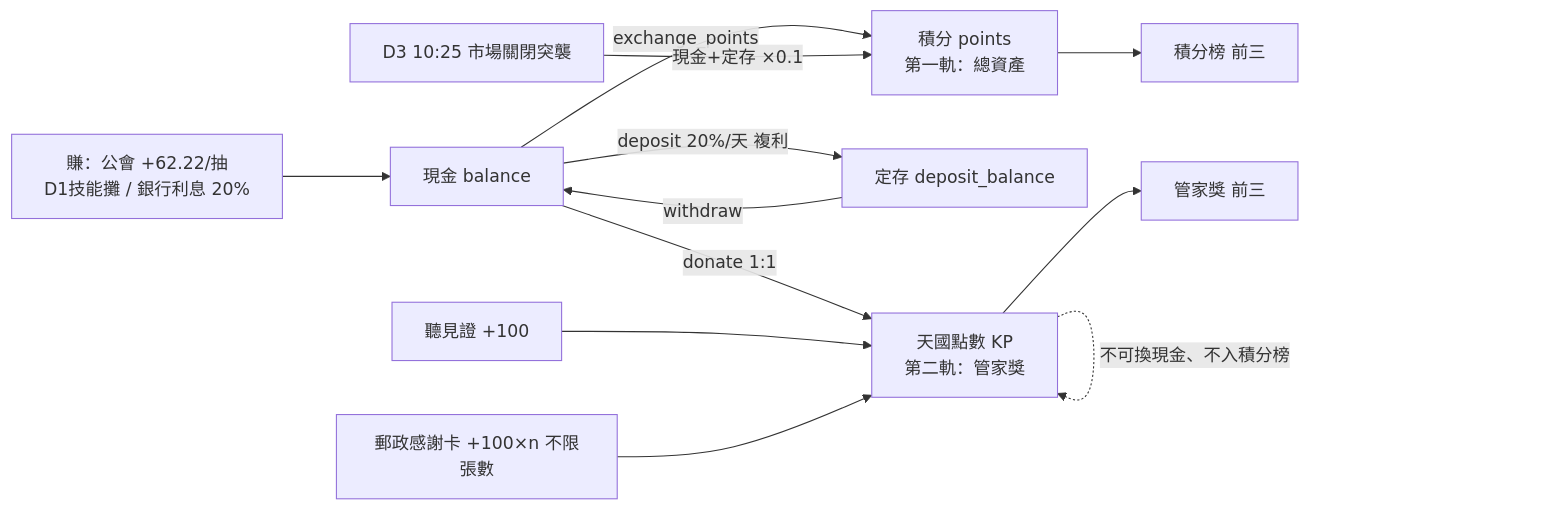
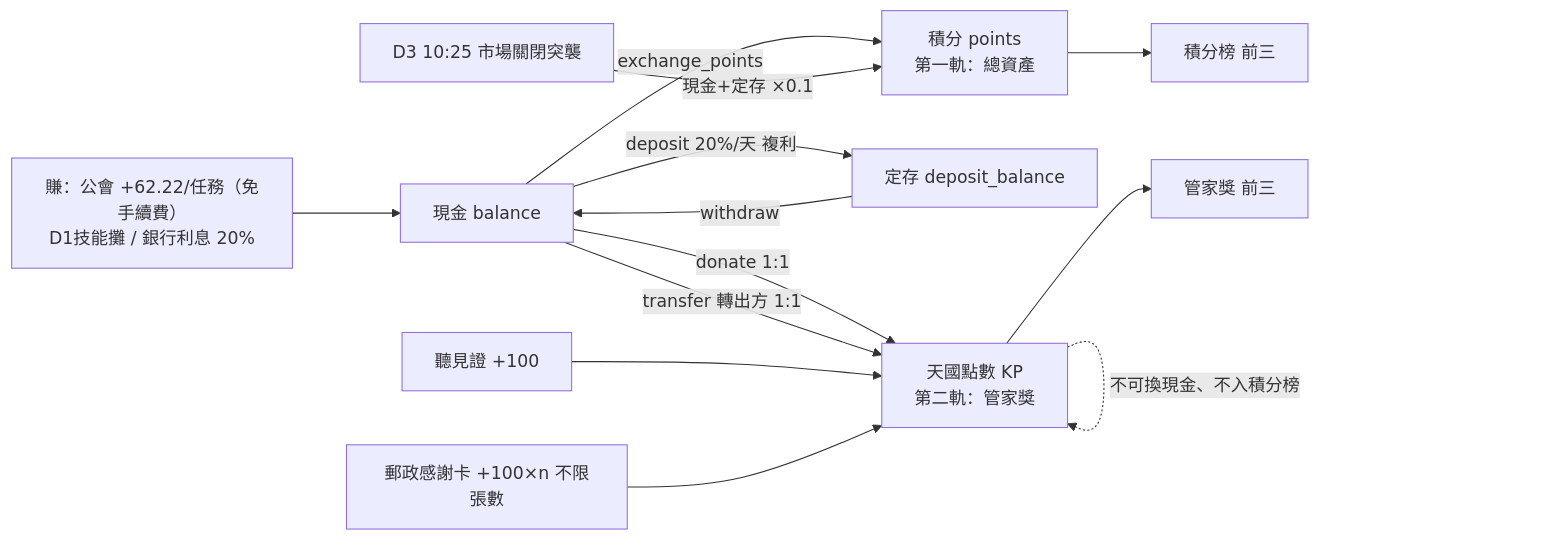
The second of 7 diagrams in docs/app/33-架構與部署.md (mushding/2026-bilingual-camp-little-market), drawn with Mermaid before and after one commit. The commit also changed other lines of this file and 18 other files, not shown here.

````diff
--- a/docs/app/33-架構與部署.md
+++ b/docs/app/33-架構與部署.md
@@ -49,16 +49,17 @@
 ```mermaid
 flowchart LR
-  Earn[賺：公會 +62.22/抽<br/>D1技能攤 / 銀行利息 20%] --> Cash[現金 balance]
+  Earn[賺：公會 +62.22/任務（免手續費）<br/>D1技能攤 / 銀行利息 20%] --> Cash[現金 balance]
   Cash -->|exchange_points| PT[積分 points<br/>第一軌：總資產]
   Cash -->|deposit 20%/天 複利| DEP[定存 deposit_balance]
   DEP -->|withdraw| Cash
   Cash -->|donate 1:1| KP[天國點數 KP<br/>第二軌：管家獎]
+  Cash -->|transfer 轉出方 1:1| KP
   Wit[聽見證 +100] --> KP
   Mail[郵政感謝卡 +100×n 不限張數] --> KP
 
   Close["D3 10:25 市場關閉突襲"] -->|"現金+定存 ×0.1"| PT
   KP -. 不可換現金、不入積分榜 .-> KP
 
   PT --> Rank1[積分榜 前三]
   KP --> Rank2[管家獎 前三]
 ```
````
